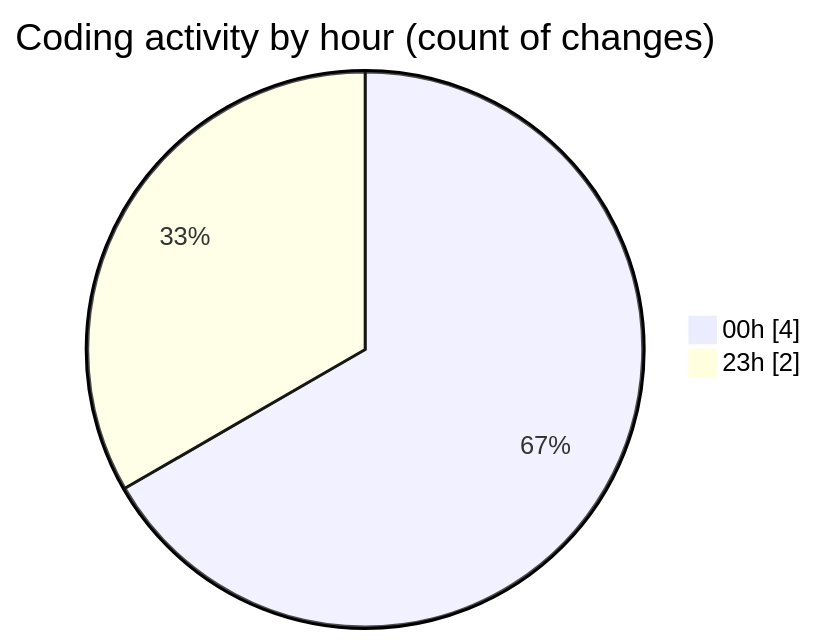
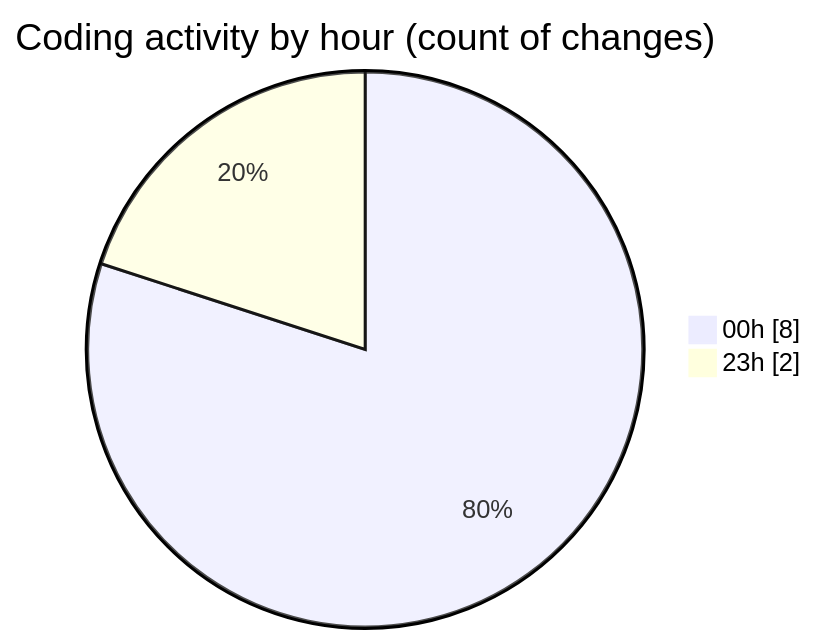
One commit to julien-gomy/code-tracking changed the second of 2 diagrams in 2025-10-29/eventscop-frontend-guide__workspace_/README.md. Above: the diagram before and after it, drawn with Mermaid. The commit also changed other lines of this file and 1 other file, not shown here.

````diff
--- a/2025-10-29/eventscop-frontend-guide__workspace_/README.md
+++ b/2025-10-29/eventscop-frontend-guide__workspace_/README.md
@@ -32,6 +34,6 @@
 ```mermaid
 pie showData
 title Coding activity by hour (count of changes)
-"00h" : 4
+"00h" : 8
 "23h" : 2
 ```
````
